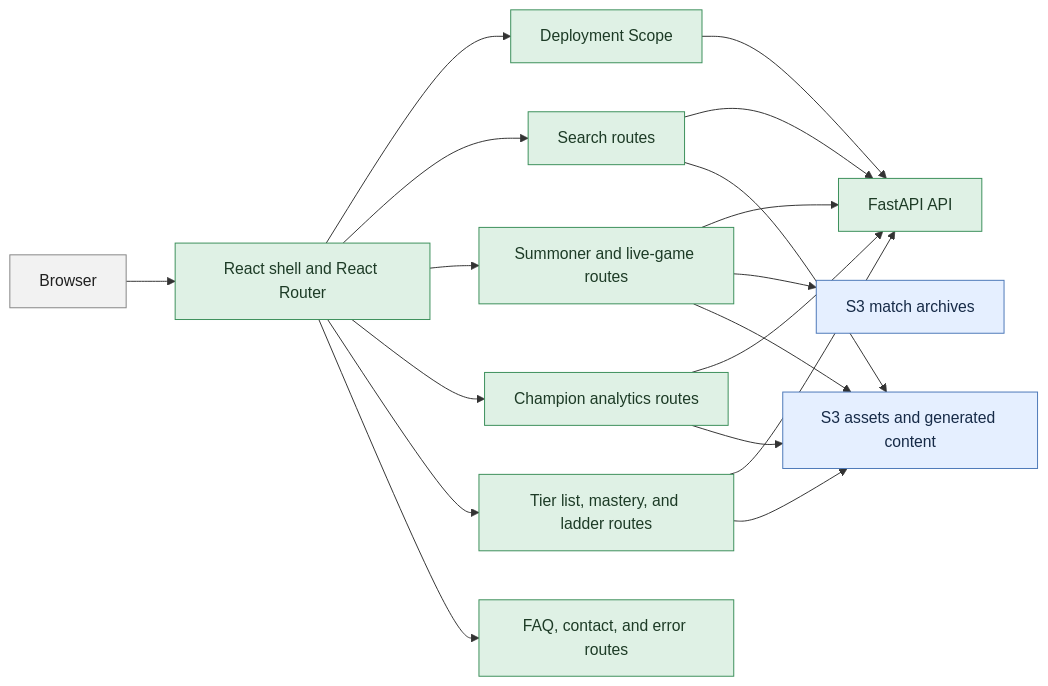
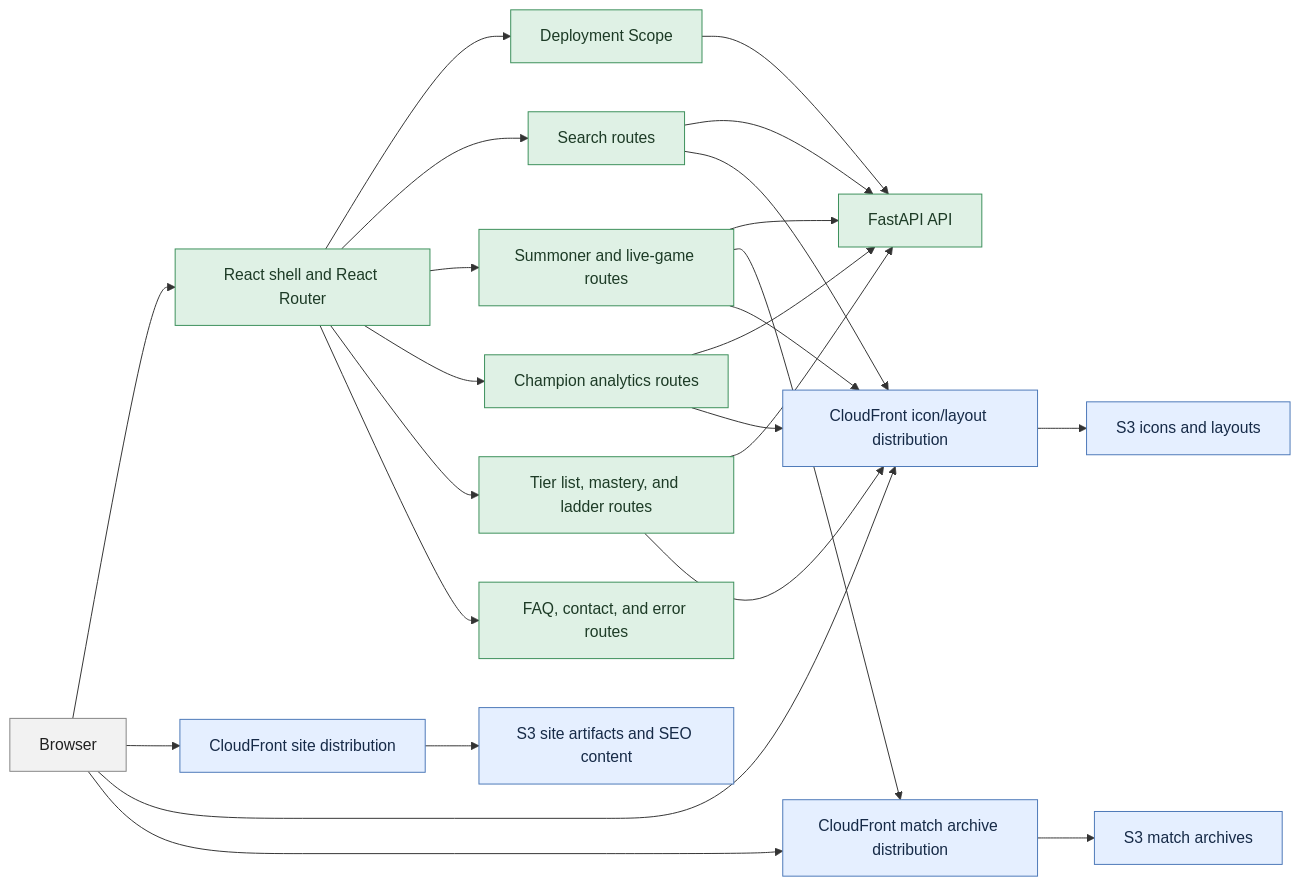
One commit to winrates-gg/wrgg-public-documentation changed the first of 3 diagrams in docs/frontend-delivery.md. Above: the diagram before and after it, drawn with Mermaid. The commit also changed other lines of this file and 1 other file, not shown here.

Commit message:
docs: document separate static delivery

````diff
--- a/docs/frontend-delivery.md
+++ b/docs/frontend-delivery.md
@@ -46,39 +46,49 @@
 ```mermaid
 flowchart LR
     Browser[Browser]
     Shell[React shell and React Router]
     Capabilities[Deployment Scope]
     Search[Search routes]
     Profiles[Summoner and live-game routes]
     Analytics[Champion analytics routes]
     Rankings[Tier list, mastery, and ladder routes]
     Static[FAQ, contact, and error routes]
     API[FastAPI API]
+    SiteCDN[CloudFront site distribution]
+    IconsCDN[CloudFront icon/layout distribution]
+    ArchivesCDN[CloudFront match archive distribution]
     Archives[S3 match archives]
-    Content[S3 assets and generated content]
+    Icons[S3 icons and layouts]
+    Site[S3 site artifacts and SEO content]
 
     Browser --> Shell
+    Browser --> SiteCDN
+    SiteCDN --> Site
+    Browser --> IconsCDN
+    IconsCDN --> Icons
+    Browser --> ArchivesCDN
+    ArchivesCDN --> Archives
     Shell --> Capabilities
     Shell --> Search
     Shell --> Profiles
     Shell --> Analytics
     Shell --> Rankings
     Shell --> Static
     Capabilities --> API
     Search --> API
     Profiles --> API
-    Profiles --> Archives
+    Profiles --> ArchivesCDN
     Analytics --> API
     Rankings --> API
-    Search --> Content
-    Profiles --> Content
-    Analytics --> Content
-    Rankings --> Content
+    Search --> IconsCDN
+    Profiles --> IconsCDN
+    Analytics --> IconsCDN
+    Rankings --> IconsCDN
 
     classDef user fill:#f2f2f2,stroke:#858585,color:#202020
     classDef backend fill:#dff1e5,stroke:#3b8f5a,color:#1d3b26
     classDef aws fill:#e5efff,stroke:#4c78b8,color:#162a47
     class Browser user
     class Shell,Capabilities,Search,Profiles,Analytics,Rankings,Static,API backend
-    class Archives,Content aws
+    class SiteCDN,IconsCDN,ArchivesCDN,Archives,Icons,Site aws
 ```
````
